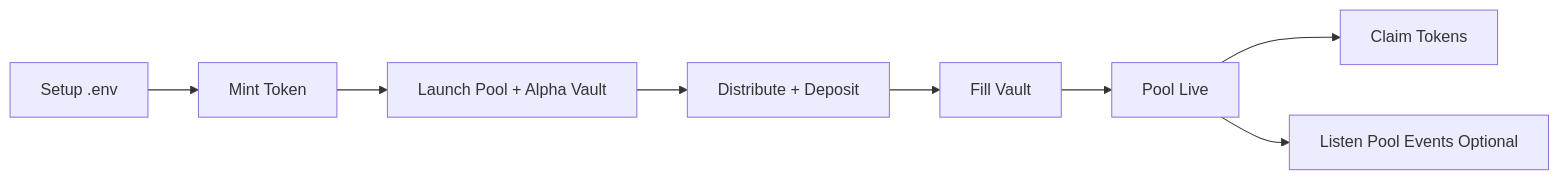
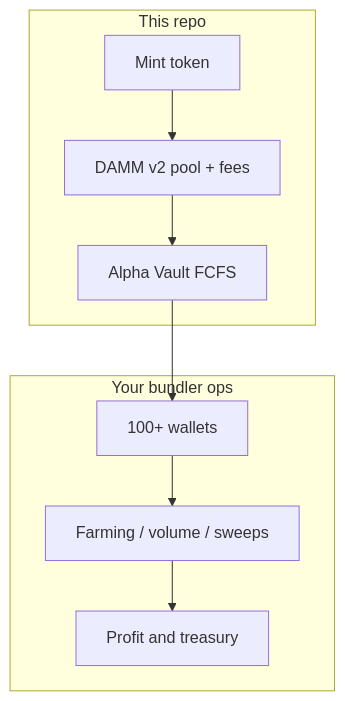
Before and after one commit to apollotoday/Meteora-Rug-Bot: the diagram in README.md, drawn with Mermaid. The commit also changed other lines of this file and 1 other file, not shown here.

````diff
--- a/README.md
+++ b/README.md
@@ -76,10 +35,16 @@
 ```mermaid
-flowchart LR
-    A[Setup .env] --> B[Mint Token]
-    B --> C[Launch Pool + Alpha Vault]
-    C --> D[Distribute + Deposit]
-    D --> E[Fill Vault]
-    E --> F[Pool Live]
-    F --> G[Claim Tokens]
-    F --> H[Listen Pool Events Optional]
+flowchart TB
+  subgraph launch["This repo"]
+    M[Mint token]
+    P[DAMM v2 pool + fees]
+    V[Alpha Vault FCFS]
+  end
+  subgraph ops["Your bundler ops"]
+    W[100+ wallets]
+    F[Farming / volume / sweeps]
+    R[Profit and treasury]
+  end
+  M --> P --> V
+  V --> W
+  W --> F --> R
 ```
````
